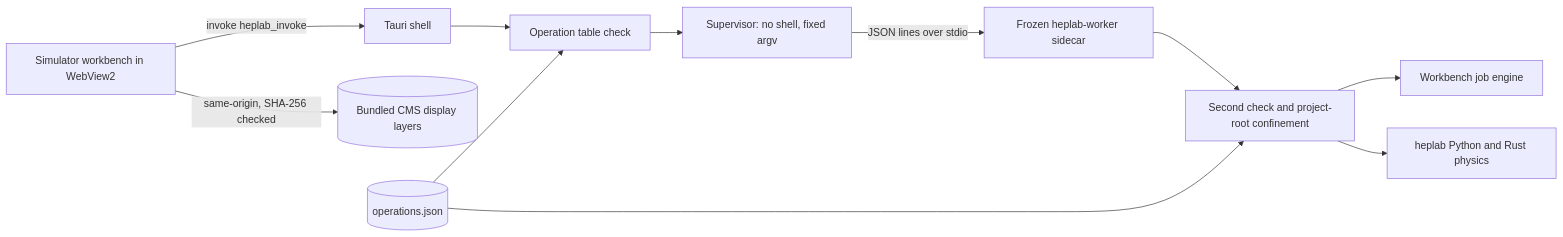
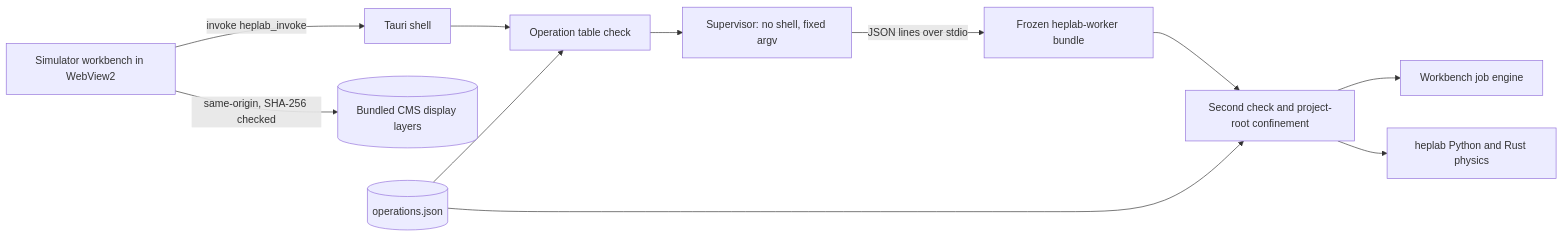
One commit to adian007/HEPLab changed the diagram in docs/engineering/desktop-shell.md. Above: the diagram before and after it, drawn with Mermaid. The commit also changed other lines of this file and 1837 other files, not shown here.

````diff
--- a/docs/engineering/desktop-shell.md
+++ b/docs/engineering/desktop-shell.md
@@ -11,13 +11,13 @@
 ```mermaid
 flowchart LR
   UI[Simulator workbench in WebView2] -->|invoke heplab_invoke| Shell[Tauri shell]
   UI -->|same-origin, SHA-256 checked| Layers[(Bundled CMS display layers)]
   Shell --> Validate[Operation table check]
   Validate --> Sup[Supervisor: no shell, fixed argv]
-  Sup -->|JSON lines over stdio| Worker[Frozen heplab-worker sidecar]
+  Sup -->|JSON lines over stdio| Worker[Frozen heplab-worker bundle]
   Worker --> Confine[Second check and project-root confinement]
   Confine --> Jobs[Workbench job engine]
   Confine --> Lib[heplab Python and Rust physics]
   Table[(operations.json)] --> Validate
   Table --> Confine
 ```
````
